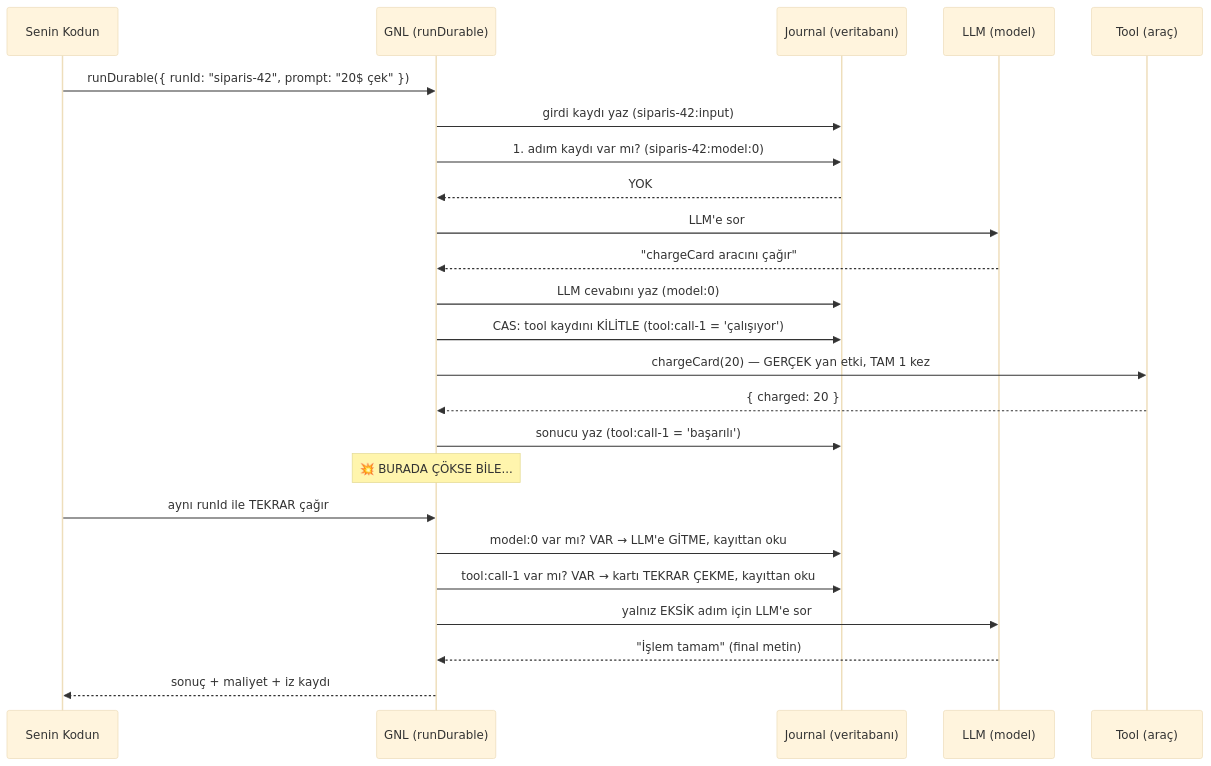
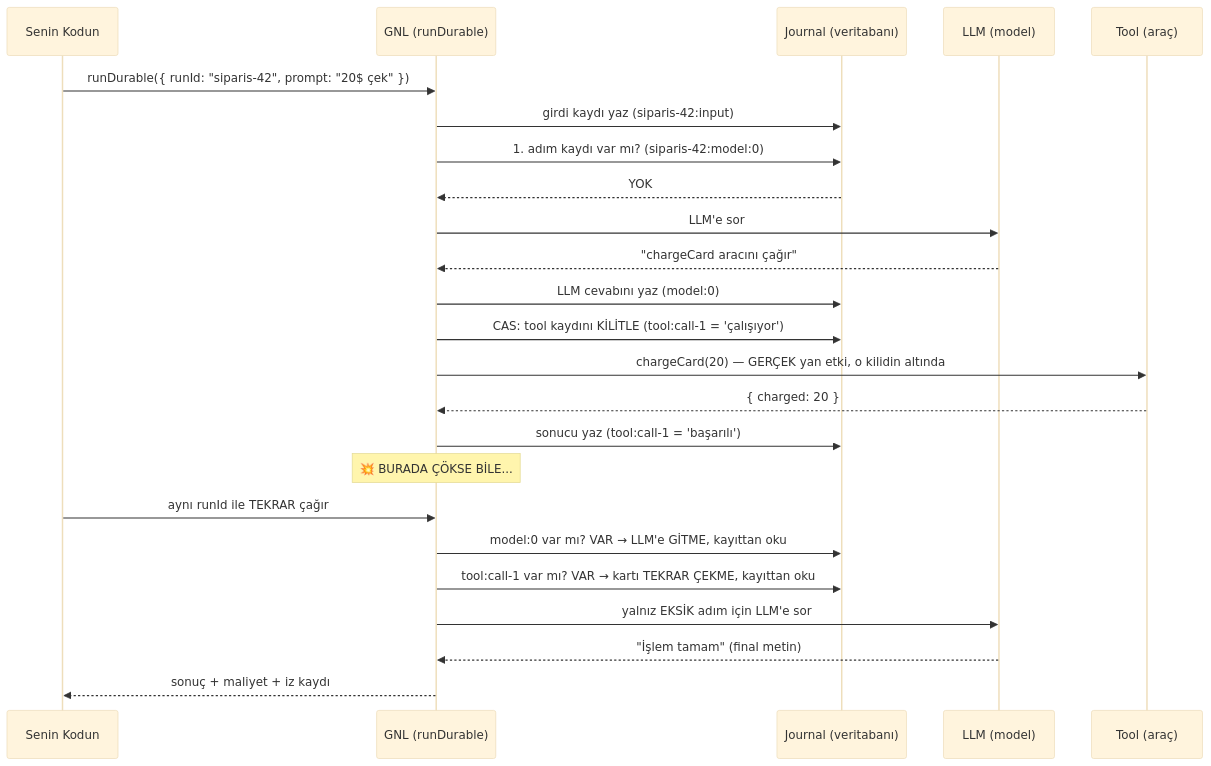
The first of 10 diagrams in docs/GUIDE.tr.md (Karaca7/gnldev), drawn with Mermaid (base theme) before and after one commit. The commit also changed other lines of this file and 377 other files, not shown here.

````diff
--- a/docs/GUIDE.tr.md
+++ b/docs/GUIDE.tr.md
@@ -101,27 +102,27 @@
 ```mermaid
 sequenceDiagram
     participant K as Senin Kodun
     participant G as GNL (runDurable)
     participant J as Journal (veritabanı)
     participant M as LLM (model)
     participant T as Tool (araç)
 
     K->>G: runDurable({ runId: "siparis-42", prompt: "20$ çek" })
     G->>J: girdi kaydı yaz (siparis-42:input)
     G->>J: 1. adım kaydı var mı? (siparis-42:model:0)
     J-->>G: YOK
     G->>M: LLM'e sor
     M-->>G: "chargeCard aracını çağır"
     G->>J: LLM cevabını yaz (model:0)
     G->>J: CAS: tool kaydını KİLİTLE (tool:call-1 = 'çalışıyor')
-    G->>T: chargeCard(20) — GERÇEK yan etki, TAM 1 kez
+    G->>T: chargeCard(20) — GERÇEK yan etki, o kilidin altında
     T-->>G: { charged: 20 }
     G->>J: sonucu yaz (tool:call-1 = 'başarılı')
     Note over G: 💥 BURADA ÇÖKSE BİLE...
     K->>G: aynı runId ile TEKRAR çağır
     G->>J: model:0 var mı? VAR → LLM'e GİTME, kayıttan oku
     G->>J: tool:call-1 var mı? VAR → kartı TEKRAR ÇEKME, kayıttan oku
     G->>M: yalnız EKSİK adım için LLM'e sor
     M-->>G: "İşlem tamam" (final metin)
     G-->>K: sonuç + maliyet + iz kaydı
 ```
````
